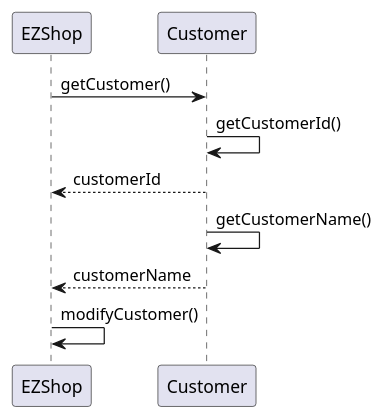
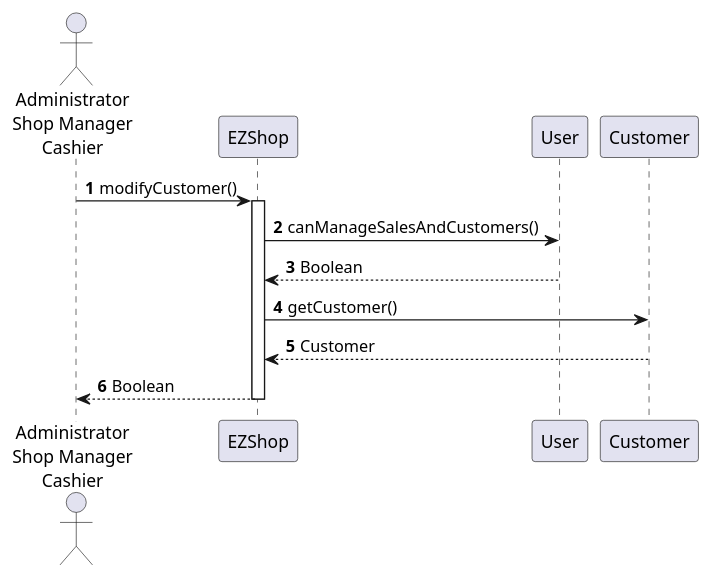
Before and after one commit to gioele-scaletta/EZShop-Software-Engineering-Project: diagram 12 of 20 in Deliverables/DesignDocument.md, drawn with PlantUML. The commit also changed other lines of this file, not shown here.

````diff
--- a/Deliverables/DesignDocument.md
+++ b/Deliverables/DesignDocument.md
@@ -415,8 +433,13 @@
 ```plantuml
-EZShop ->Customer : getCustomer()
-Customer -> Customer : getCustomerId()
-Customer --> EZShop : customerId
-Customer -> Customer : getCustomerName()
-Customer --> EZShop : customerName
-EZShop -> EZShop : modifyCustomer()
+actor "Administrator\nShop Manager\nCashier" as user
+autonumber
+
+user->EZShop : modifyCustomer()
+activate EZShop
+EZShop->User : canManageSalesAndCustomers()
+User -->EZShop : Boolean
+EZShop->Customer : getCustomer()
+Customer -->EZShop : Customer
+EZShop --> user : Boolean 
+deactivate EZShop
 ```
````
